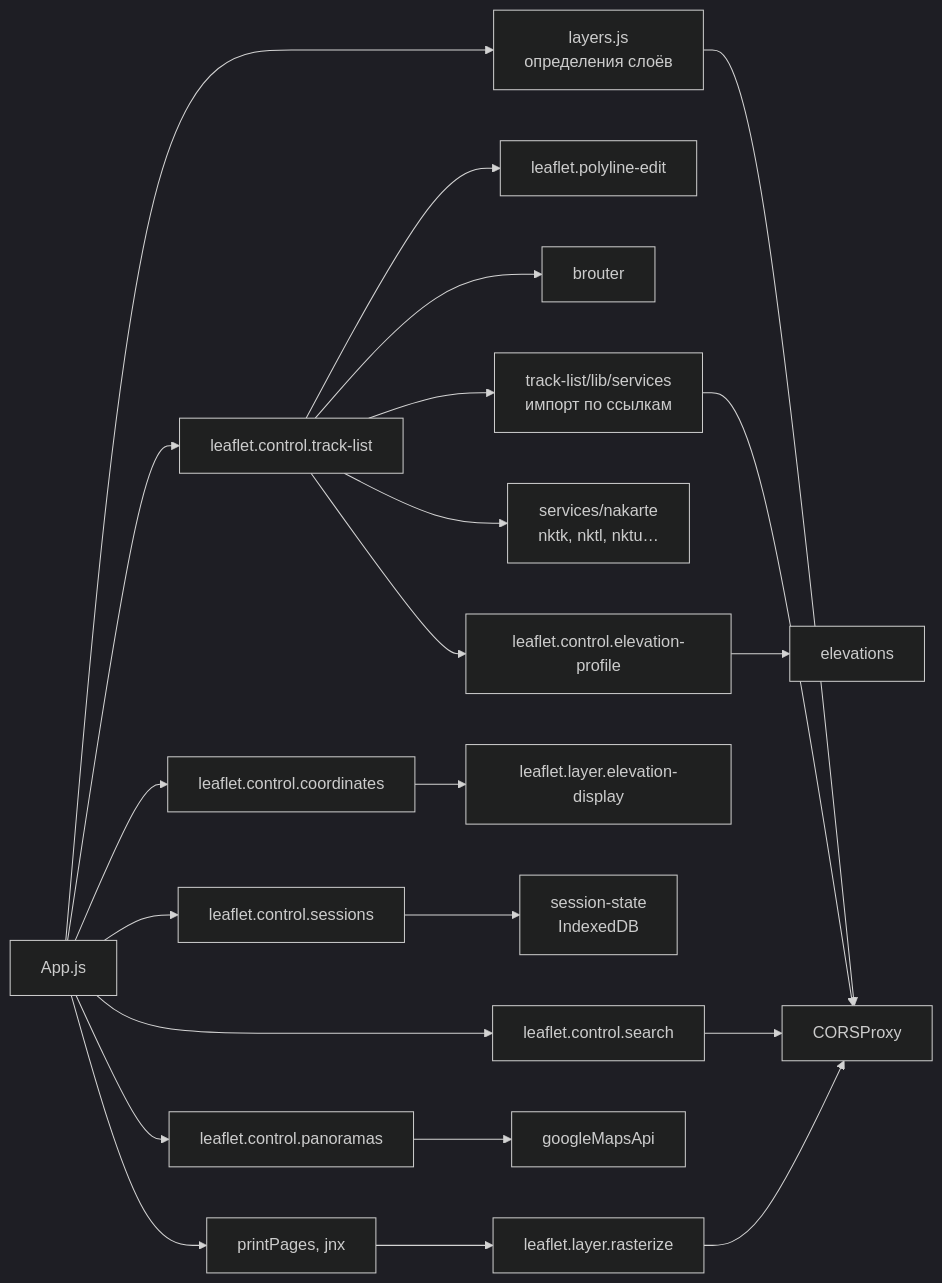
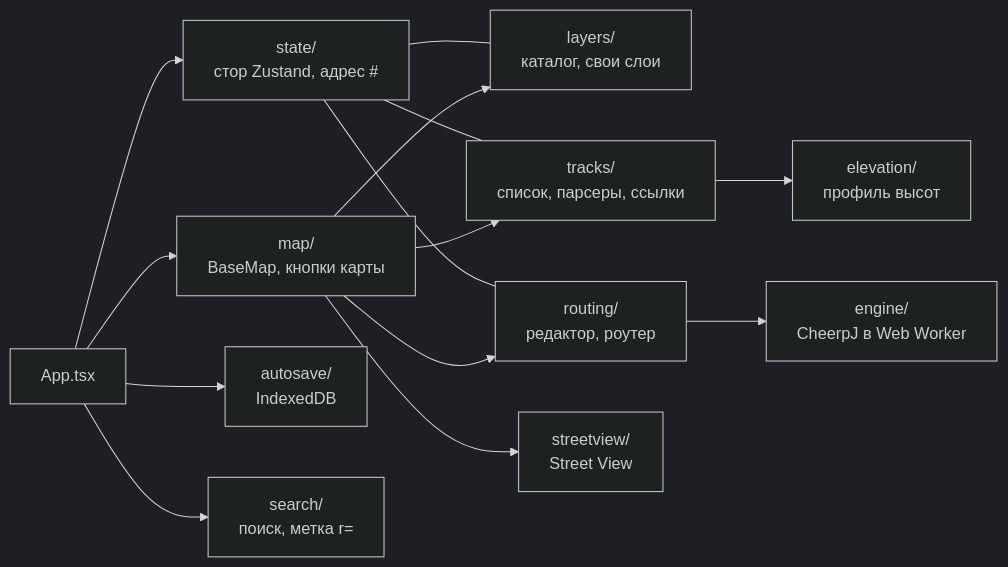
One commit to sergeycw/nakarte changed the first of 2 diagrams in docs/architecture/client.md. Above: the diagram before and after it, drawn with Mermaid (dark theme). The commit also changed other lines of this file and 17 other files, not shown here.

````diff
--- a/docs/architecture/client.md
+++ b/docs/architecture/client.md
@@ -11,44 +11,28 @@
 ```mermaid
 flowchart LR
-    app["App.js"]
-    layers["layers.js<br/>определения слоёв"]
-    tracklist["leaflet.control.track-list"]
-    edit["leaflet.polyline-edit"]
-    brouter["brouter"]
-    services["track-list/lib/services<br/>импорт по ссылкам"]
-    nakarte["services/nakarte<br/>nktk, nktl, nktu…"]
-    profile["leaflet.control.elevation-profile"]
-    elevations["elevations"]
-    coords["leaflet.control.coordinates"]
-    elevdisplay["leaflet.layer.elevation-display"]
-    sessions["leaflet.control.sessions"]
-    sessionstate["session-state<br/>IndexedDB"]
-    search["leaflet.control.search"]
-    panoramas["leaflet.control.panoramas"]
-    gmaps["googleMapsApi"]
-    print["printPages, jnx"]
-    rasterize["leaflet.layer.rasterize"]
-    proxy["CORSProxy"]
+    app["App.tsx"]
+    store["state/<br/>стор Zustand, адрес #"]
+    map["map/<br/>BaseMap, кнопки карты"]
+    layers["layers/<br/>каталог, свои слои"]
+    tracks["tracks/<br/>список, парсеры, ссылки"]
+    routing["routing/<br/>редактор, роутер"]
+    engine["engine/<br/>CheerpJ в Web Worker"]
+    autosave["autosave/<br/>IndexedDB"]
+    elevation["elevation/<br/>профиль высот"]
+    search["search/<br/>поиск, метка r="]
+    streetview["streetview/<br/>Street View"]
 
-    app --> layers
-    app --> tracklist
-    app --> coords
-    app --> sessions
+    app --> store
+    app --> map
+    app --> autosave
+    map --> layers
+    map --> tracks
+    map --> routing
+    map --> streetview
+    tracks --> elevation
+    routing --> engine
     app --> search
-    app --> panoramas
-    app --> print
-    tracklist --> edit
-    tracklist --> brouter
-    tracklist --> services
-    tracklist --> nakarte
-    tracklist --> profile
-    profile --> elevations
-    coords --> elevdisplay
-    sessions --> sessionstate
-    panoramas --> gmaps
-    print --> rasterize
-    services --> proxy
-    search --> proxy
-    rasterize --> proxy
-    layers --> proxy
+    store --- tracks
+    store --- routing
+    store --- layers
 ```
````
